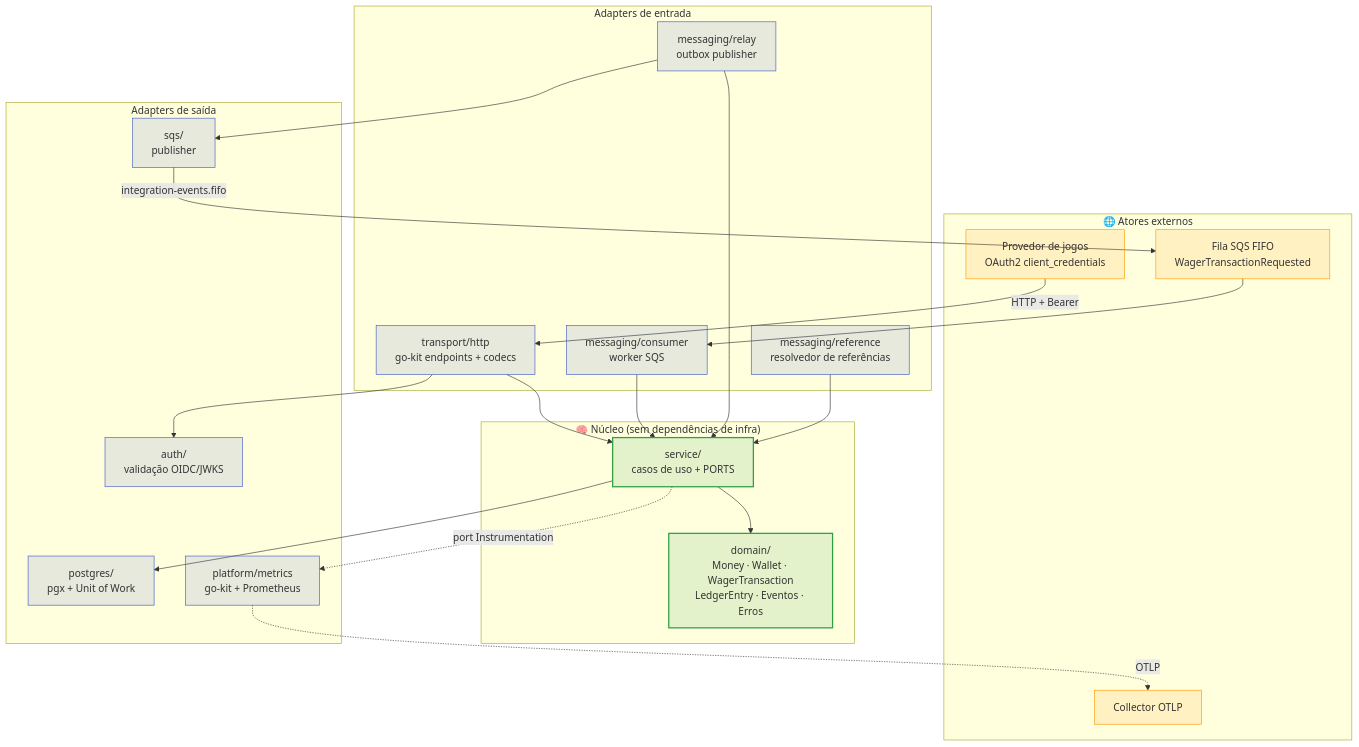
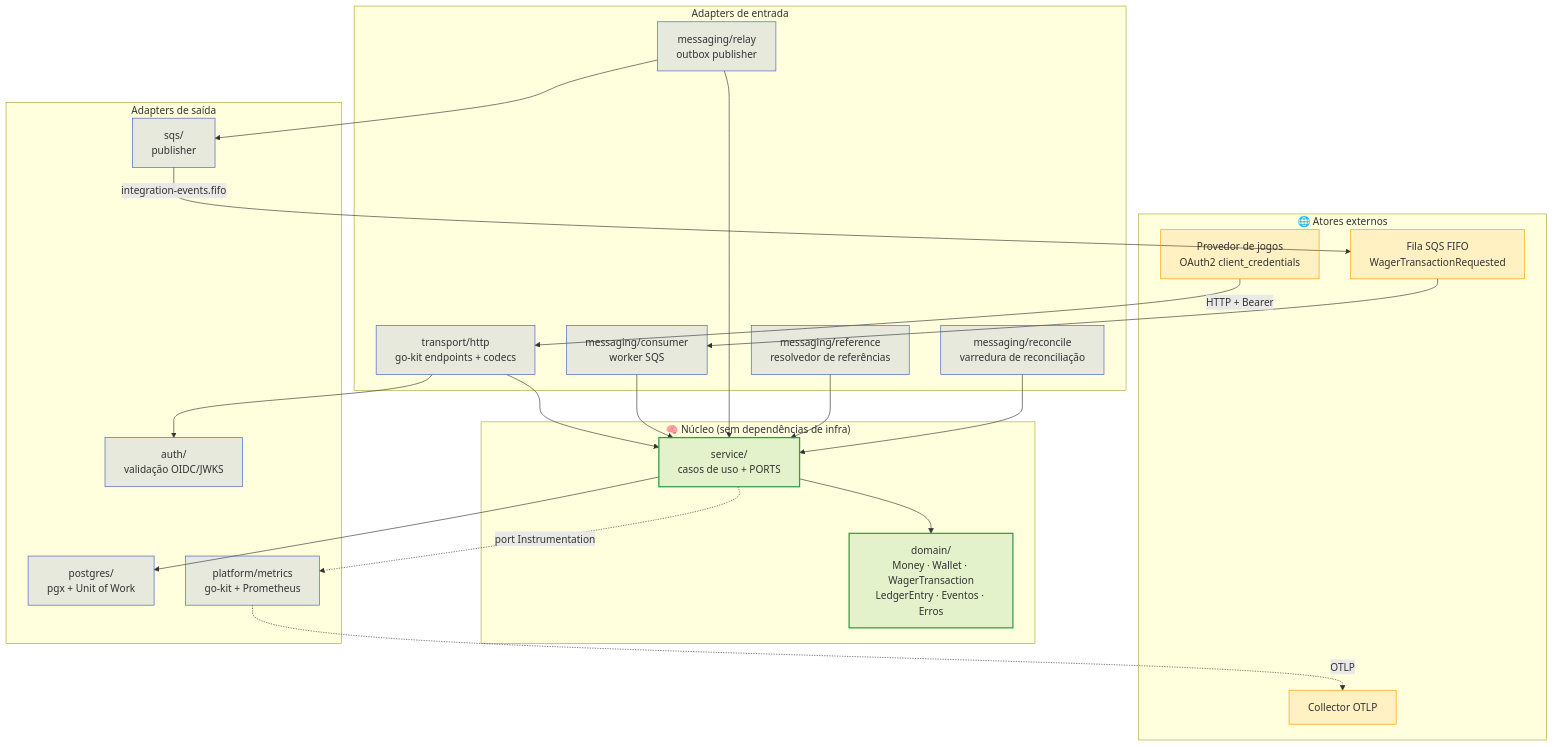
Before and after one commit to chalkan3/backend-challenge-go: the first of 3 diagrams in README.md, drawn with Mermaid. The commit also changed other lines of this file and 19 other files, not shown here.

````diff
--- a/README.md
+++ b/README.md
@@ -76,48 +77,50 @@
 ```mermaid
 flowchart TB
     subgraph Drivers["🌐 Atores externos"]
         P[Provedor de jogos<br/>OAuth2 client_credentials]
         C[Fila SQS FIFO<br/>WagerTransactionRequested]
         O[Collector OTLP]
     end
 
     subgraph Adapters_In["Adapters de entrada"]
         HTTP["transport/http<br/>go-kit endpoints + codecs"]
         CONS["messaging/consumer<br/>worker SQS"]
         REL["messaging/relay<br/>outbox publisher"]
         REF["messaging/reference<br/>resolvedor de referências"]
+        REC["messaging/reconcile<br/>varredura de reconciliação"]
     end
 
     subgraph Core["🧠 Núcleo (sem dependências de infra)"]
         SVC["service/<br/>casos de uso + PORTS"]
         DOM["domain/<br/>Money · Wallet · WagerTransaction<br/>LedgerEntry · Eventos · Erros"]
     end
 
     subgraph Adapters_Out["Adapters de saída"]
         PG["postgres/<br/>pgx + Unit of Work"]
         SQS["sqs/<br/>publisher"]
         AUTH["auth/<br/>validação OIDC/JWKS"]
         MET["platform/metrics<br/>go-kit + Prometheus"]
     end
 
     P -->|HTTP + Bearer| HTTP
     C --> CONS
     HTTP --> SVC
     CONS --> SVC
     REL --> SVC
     REF --> SVC
+    REC --> SVC
     SVC --> DOM
     SVC --> PG
     REL --> SQS
     HTTP --> AUTH
     SVC -.->|port Instrumentation| MET
     MET -.->|OTLP| O
     SQS -->|integration-events.fifo| C
 
     classDef core fill:#2ea04322,stroke:#2ea043,stroke-width:2px
     classDef adapter fill:#425CC722,stroke:#425CC7
     classDef ext fill:#FF990022,stroke:#FF9900
     class SVC,DOM core
-    class HTTP,CONS,REL,REF,PG,SQS,AUTH,MET adapter
+    class HTTP,CONS,REL,REF,REC,PG,SQS,AUTH,MET adapter
     class P,C,O ext
 ```
````
